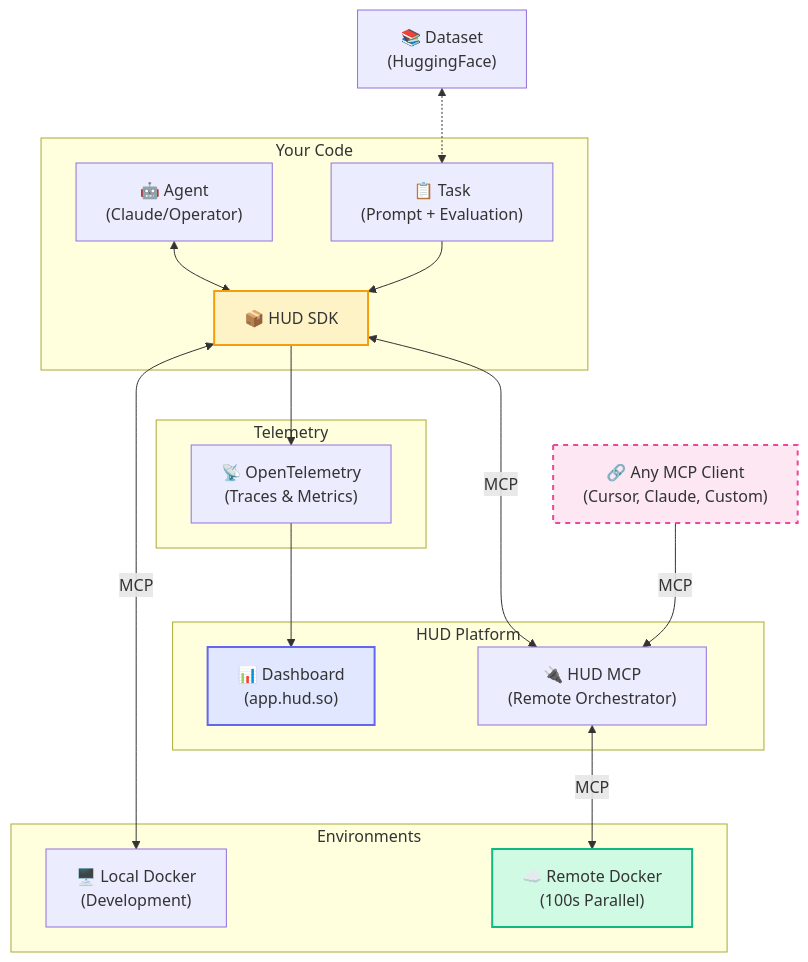
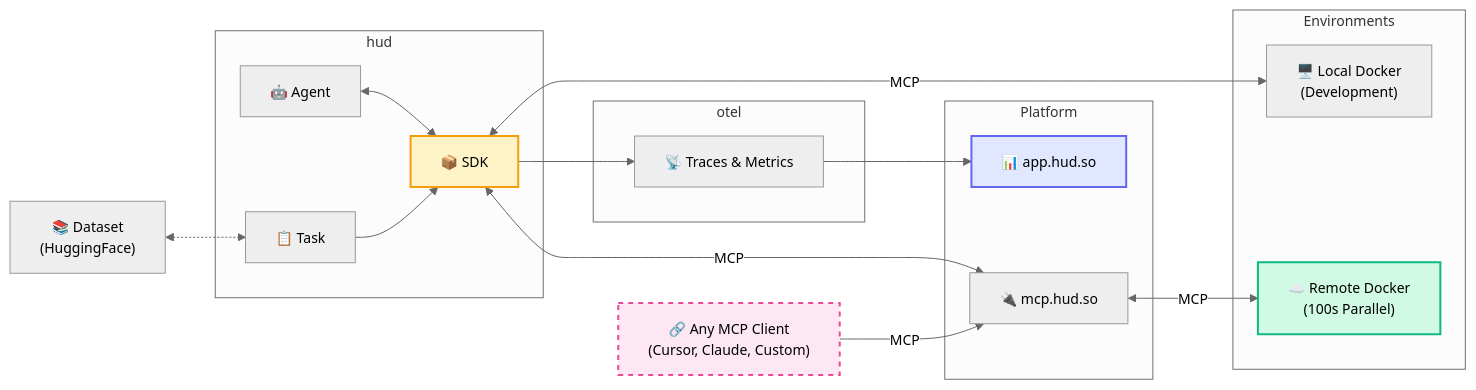
One commit to shfunc/hud-python changed the diagram in README.md. Above: the diagram before and after it, drawn with Mermaid. The commit also changed other lines of this file and 3 other files, not shown here.

````diff
--- a/README.md
+++ b/README.md
@@ -276,42 +276,42 @@
 ```mermaid
-%%{init: { "sequence": { "width":200 } } }%%
-graph TB
-    subgraph "HUD Platform"
-        Dashboard["📊 Dashboard<br/>(app.hud.so)"]
-        API["🔌 HUD MCP<br/>(Remote Orchestrator)"]
+%%{init: {"theme": "neutral", "themeVariables": {"fontSize": "14px"}} }%%
+graph LR
+    subgraph "Platform"
+        Dashboard["📊 app.hud.so"]
+        API["🔌 mcp.hud.so"]
     end
   
-    subgraph "Your Code"
-        Agent["🤖 Agent<br/>(Claude/Operator)"]
-        Task["📋 Task<br/>(Prompt + Evaluation)"]
-        SDK["📦 HUD SDK"]
+    subgraph "hud"
+        Agent["🤖 Agent"]
+        Task["📋 Task"]
+        SDK["📦 SDK"]
     end
   
     subgraph "Environments"
         LocalEnv["🖥️ Local Docker<br/>(Development)"]
         RemoteEnv["☁️ Remote Docker<br/>(100s Parallel)"]
     end
   
-    subgraph "Telemetry"
-        Trace["📡 OpenTelemetry<br/>(Traces & Metrics)"]
+    subgraph "otel"
+        Trace["📡 Traces & Metrics"]
     end
   
     Dataset["📚 Dataset<br/>(HuggingFace)"]
   
     AnyMCP["🔗 Any MCP Client<br/>(Cursor, Claude, Custom)"]
   
     Agent <--> SDK
     Task --> SDK
     Dataset <-.-> Task
     SDK <-->|"MCP"| LocalEnv
     SDK <-->|"MCP"| API
     API  <-->|"MCP"| RemoteEnv
     SDK  --> Trace
     Trace --> Dashboard
     AnyMCP -->|"MCP"| API
   
     style Dashboard fill:#e0e7ff,stroke:#6366f1,stroke-width:2px
     style SDK fill:#fef3c7,stroke:#f59e0b,stroke-width:2px
     style RemoteEnv fill:#d1fae5,stroke:#10b981,stroke-width:2px
     style AnyMCP fill:#fce7f3,stroke:#ec4899,stroke-width:2px,stroke-dasharray: 5 5
 ```
````
